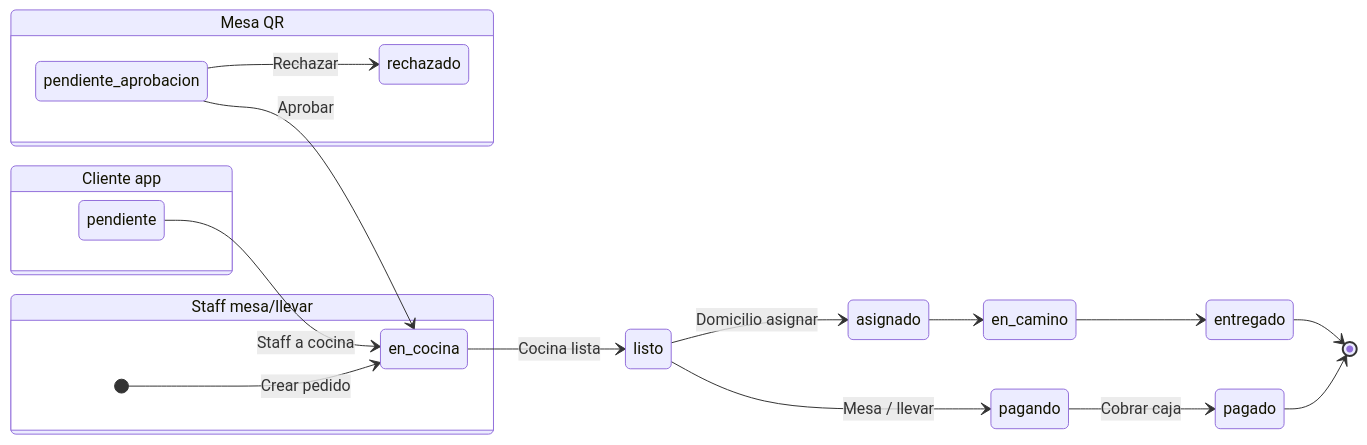
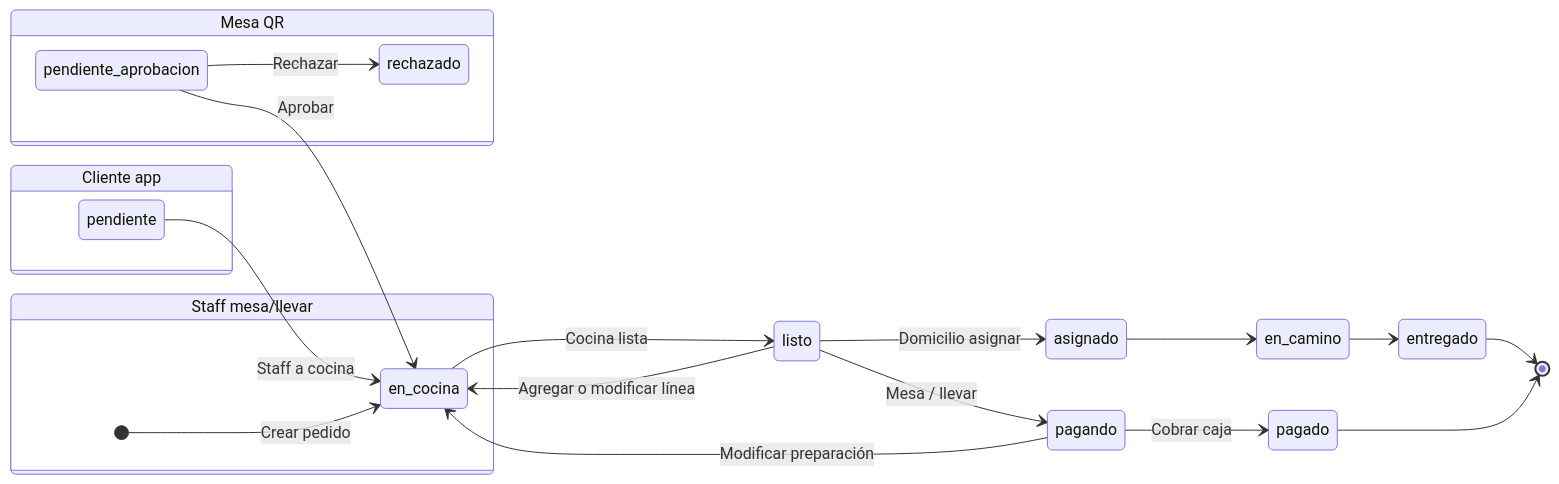
The diagram in docs/FLUJO_ESTADOS_PEDIDOS.md (javipin2/foody), drawn with Mermaid before and after one commit. The commit also changed other lines of this file and 464 other files, not shown here.

````diff
--- a/docs/FLUJO_ESTADOS_PEDIDOS.md
+++ b/docs/FLUJO_ESTADOS_PEDIDOS.md
@@ -68,26 +70,28 @@
 ```mermaid
 stateDiagram-v2
   direction LR
 
   state "Mesa QR" as mq {
     pendiente_aprobacion --> en_cocina: Aprobar
     pendiente_aprobacion --> rechazado: Rechazar
   }
 
   state "Cliente app" as ca {
     pendiente --> en_cocina: Staff a cocina
   }
 
   state "Staff mesa/llevar" as sm {
     [*] --> en_cocina: Crear pedido
   }
 
   en_cocina --> listo: Cocina lista
+  listo --> en_cocina: Agregar o modificar línea
+  pagando --> en_cocina: Modificar preparación
   listo --> pagando: Mesa / llevar
   listo --> asignado: Domicilio asignar
   pagando --> pagado: Cobrar caja
   asignado --> en_camino
   en_camino --> entregado
   entregado --> [*]
   pagado --> [*]
 ```
````
